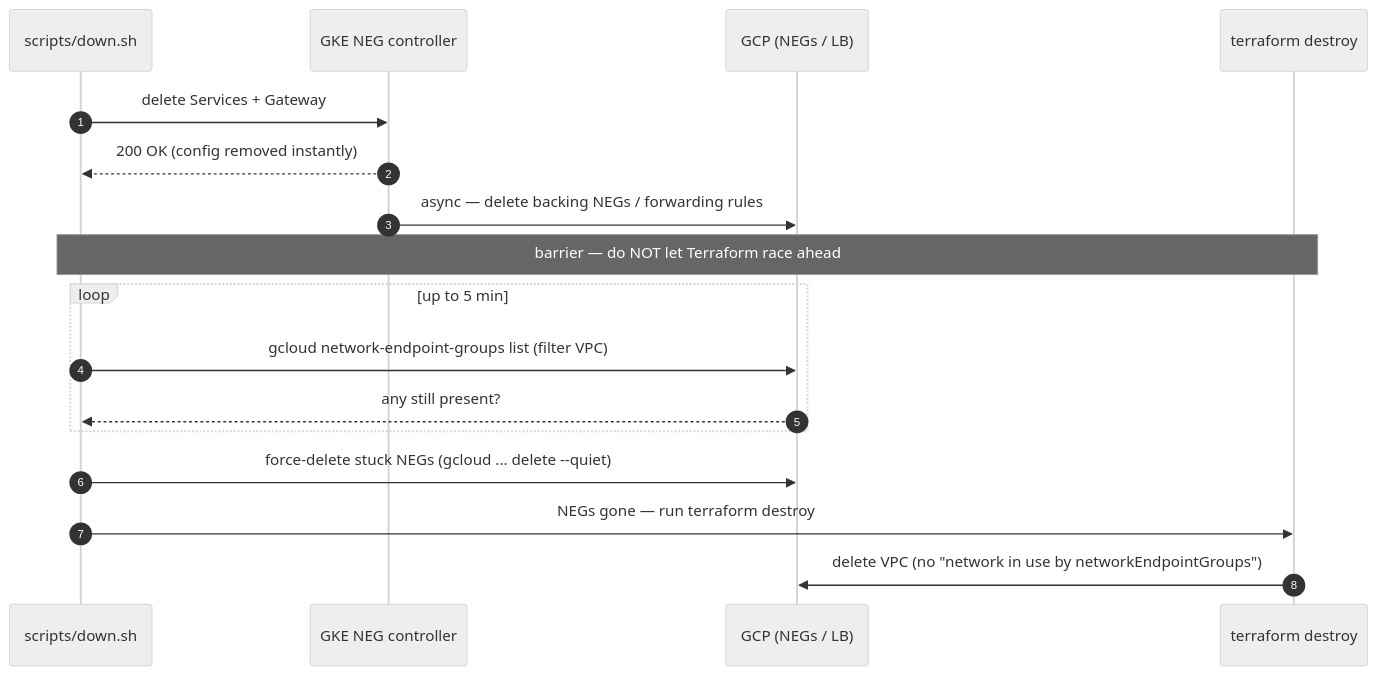
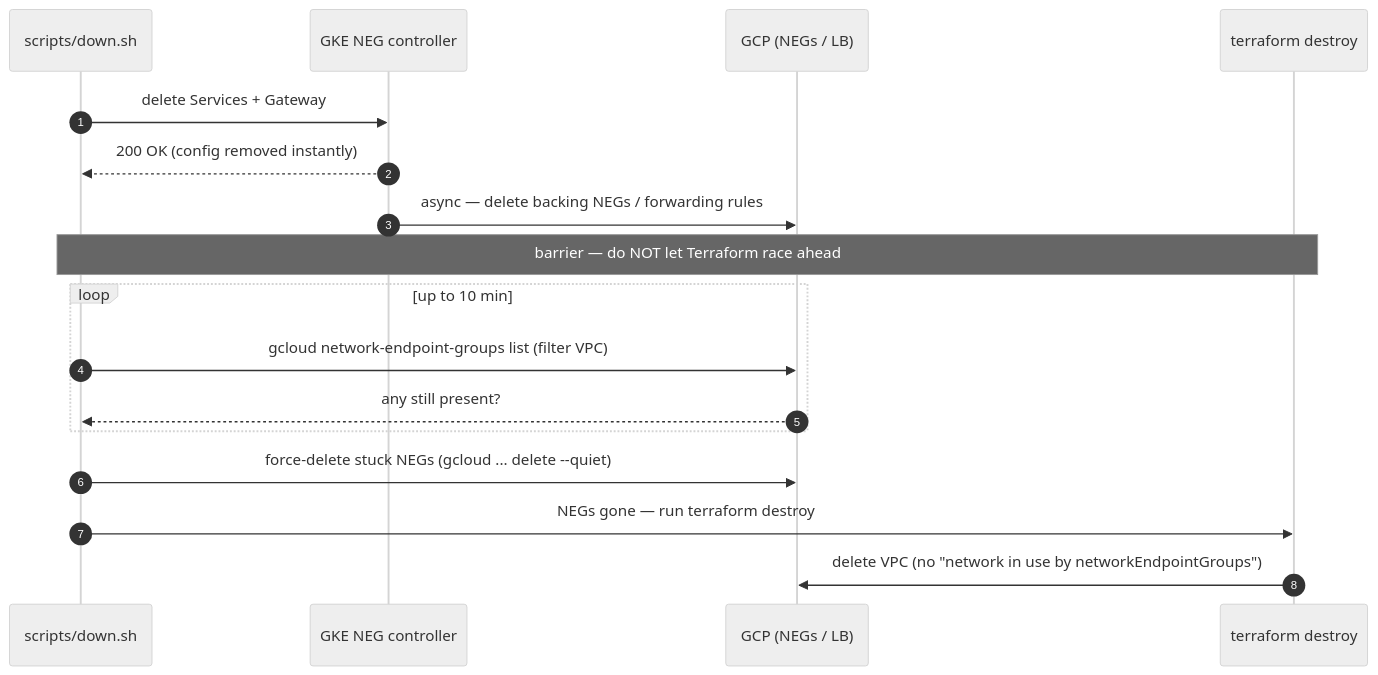
Before and after one commit to nubenetes/jenkins-2026: the fifth of 5 diagrams in docs/502-MICROSERVICES_GITOPS.md, drawn with Mermaid (neutral theme). The commit also changed other lines of this file and 28 other files, not shown here.

````diff
--- a/docs/502-MICROSERVICES_GITOPS.md
+++ b/docs/502-MICROSERVICES_GITOPS.md
@@ -237,19 +237,19 @@
 ```mermaid
 sequenceDiagram
   autonumber
   participant D as scripts/down.sh
   participant K as GKE NEG controller
   participant G as GCP (NEGs / LB)
   participant T as terraform destroy
   D->>K: delete Services + Gateway
   K-->>D: 200 OK (config removed instantly)
   K->>G: async — delete backing NEGs / forwarding rules
   Note over D,T: barrier — do NOT let Terraform race ahead
-  loop up to 5 min
+  loop up to 10 min
     D->>G: gcloud network-endpoint-groups list (filter VPC)
     G-->>D: any still present?
   end
   D->>G: force-delete stuck NEGs (gcloud ... delete --quiet)
   D->>T: NEGs gone — run terraform destroy
   T->>G: delete VPC (no "network in use by networkEndpointGroups")
 ```
````
